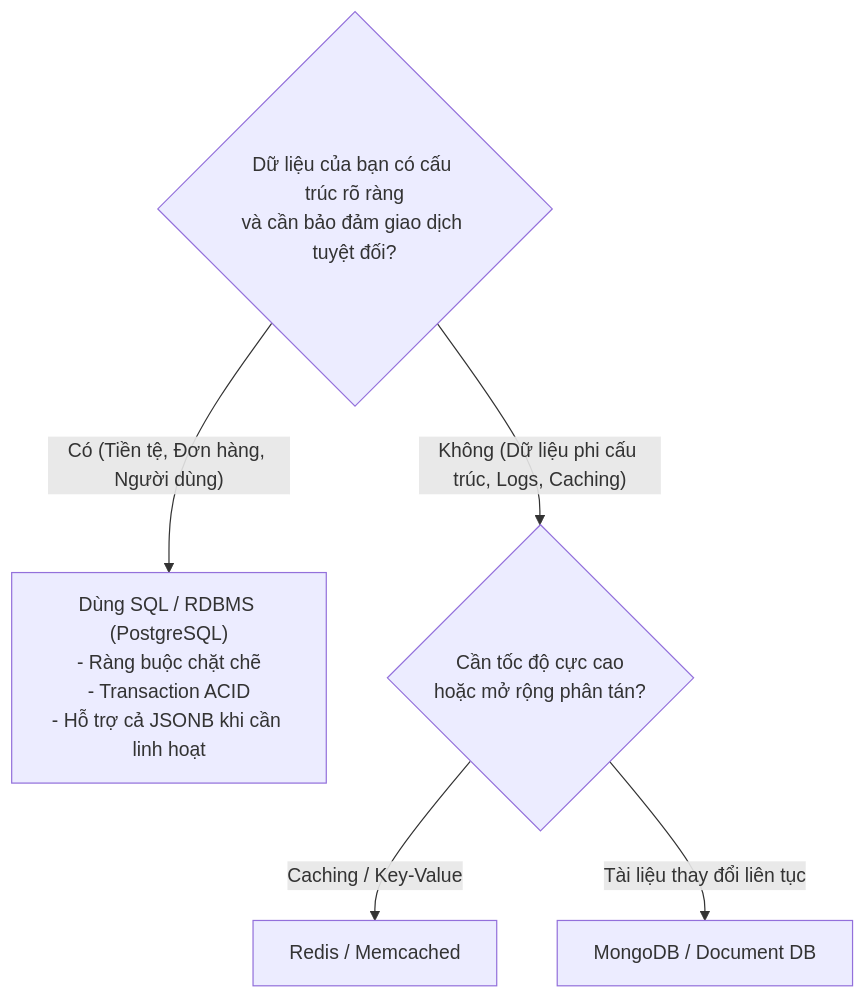
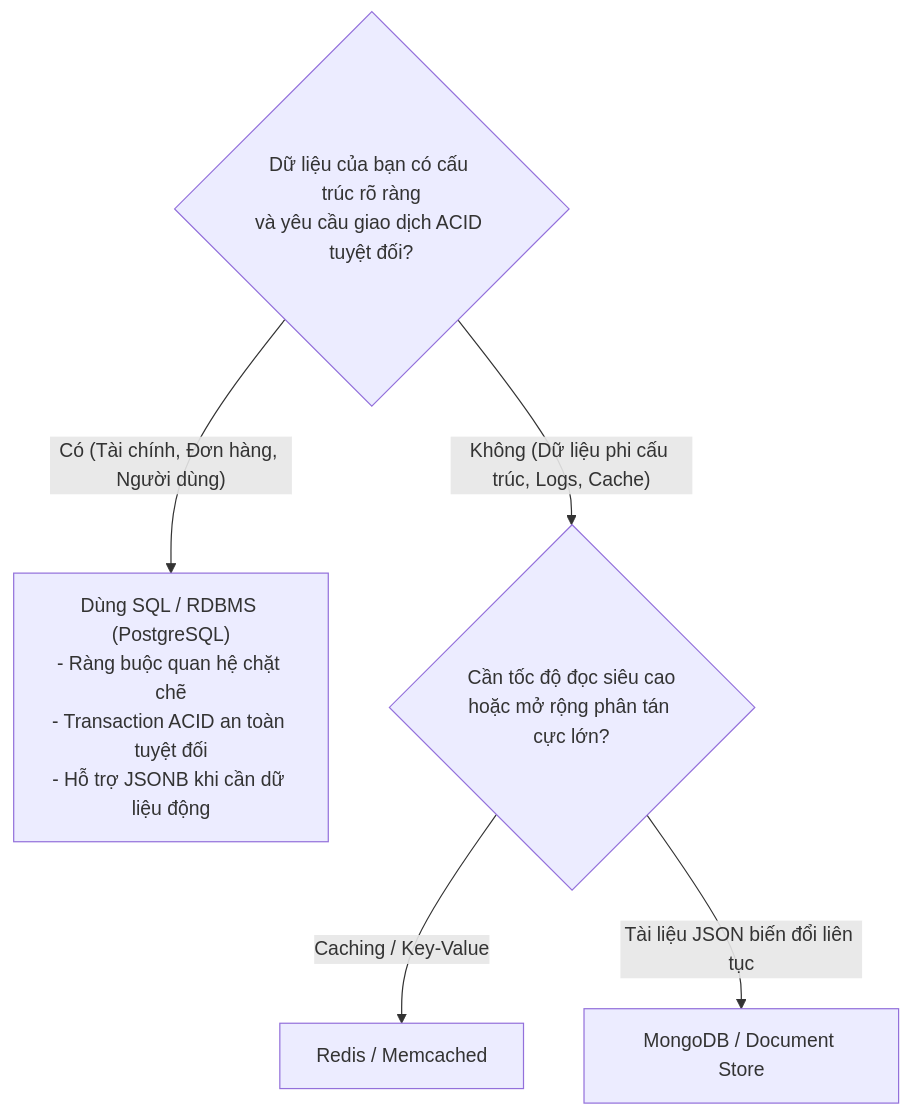
Before and after one commit to ThanhPhongvipvip/Tutorial: the second of 10 diagrams in database/Database.md, drawn with Mermaid. The commit also changed other lines of this file and 1 other file, not shown here.

````diff
--- a/database/Database.md
+++ b/database/Database.md
@@ -91,8 +93,8 @@
 ```mermaid
 flowchart TD
-    Start{"Dữ liệu của bạn có cấu trúc rõ ràng\nvà cần bảo đảm giao dịch tuyệt đối?"}
-    Start -- Có (Tiền tệ, Đơn hàng, Người dùng) --> SQL["Dùng SQL / RDBMS (PostgreSQL)\n- Ràng buộc chặt chẽ\n- Transaction ACID\n- Hỗ trợ cả JSONB khi cần linh hoạt"]
-    Start -- Không (Dữ liệu phi cấu trúc, Logs, Caching) --> CheckCache{"Cần tốc độ cực cao\nhoặc mở rộng phân tán?"}
-    CheckCache -- Caching / Key-Value --> Redis["Redis / Memcached"]
-    CheckCache -- Tài liệu thay đổi liên tục --> Mongo["MongoDB / Document DB"]
+    Start{"Dữ liệu của bạn có cấu trúc rõ ràng\nvà yêu cầu giao dịch ACID tuyệt đối?"}
+    Start -- "Có (Tài chính, Đơn hàng, Người dùng)" --> SQL["Dùng SQL / RDBMS (PostgreSQL)\n- Ràng buộc quan hệ chặt chẽ\n- Transaction ACID an toàn tuyệt đối\n- Hỗ trợ JSONB khi cần dữ liệu động"]
+    Start -- "Không (Dữ liệu phi cấu trúc, Logs, Cache)" --> CheckCache{"Cần tốc độ đọc siêu cao\nhoặc mở rộng phân tán cực lớn?"}
+    CheckCache -- "Caching / Key-Value" --> Redis["Redis / Memcached"]
+    CheckCache -- "Tài liệu JSON biến đổi liên tục" --> Mongo["MongoDB / Document Store"]
 ```
````
